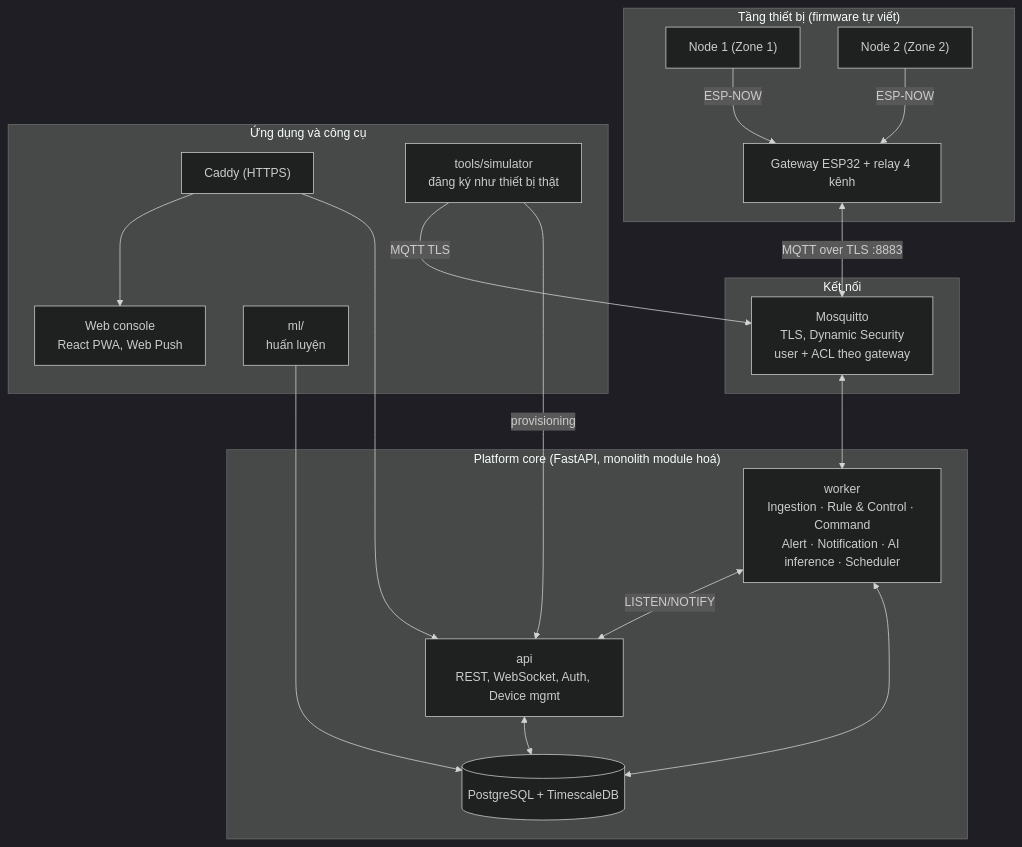
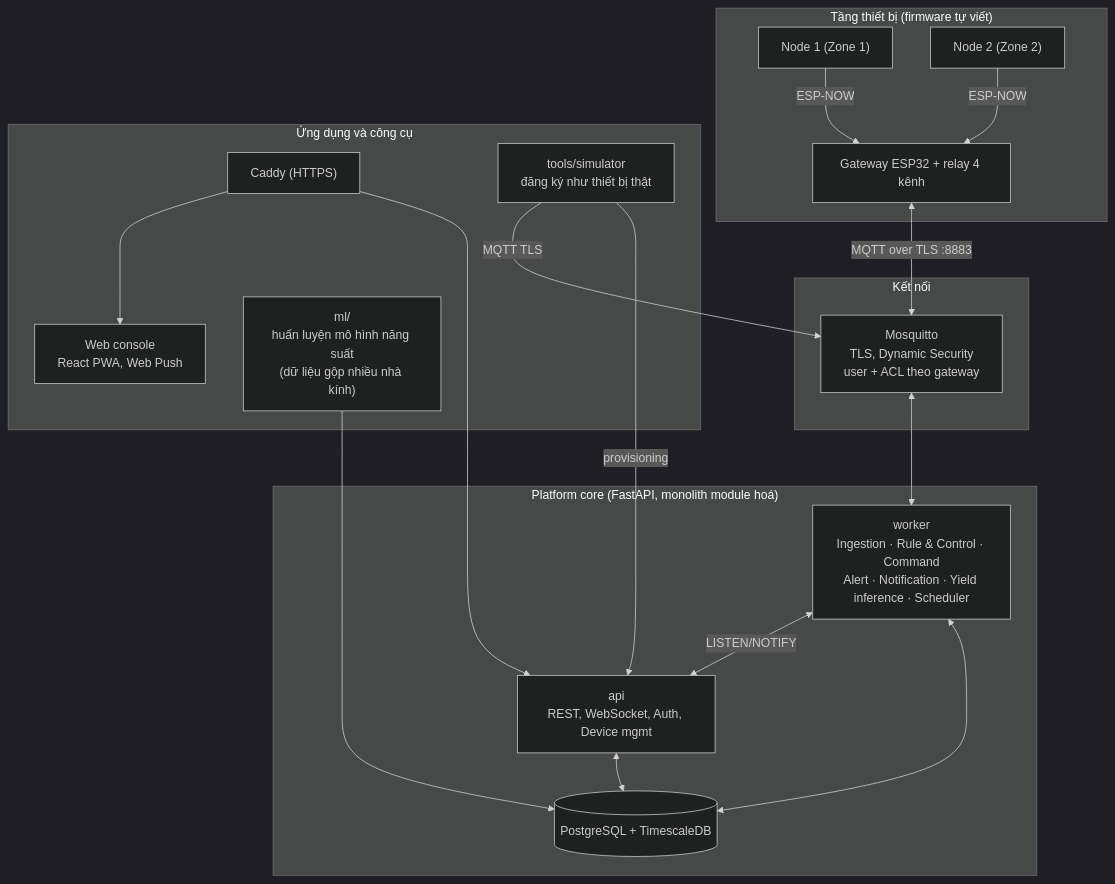
The diagram in docs/greenhub-spec.md (NgoTheTan/smart_greenhouse), drawn with Mermaid (dark theme) before and after one commit. The commit also changed other lines of this file and 37 other files, not shown here.

````diff
--- a/docs/greenhub-spec.md
+++ b/docs/greenhub-spec.md
@@ -60,38 +60,38 @@
 ```mermaid
 flowchart TB
   subgraph DEV["Tầng thiết bị (firmware tự viết)"]
     N1["Node 1 (Zone 1)"]
     N2["Node 2 (Zone 2)"]
     GW["Gateway ESP32 + relay 4 kênh"]
     N1 -->|ESP-NOW| GW
     N2 -->|ESP-NOW| GW
   end
 
   subgraph CONN["Kết nối"]
     MQ["Mosquitto<br/>TLS, Dynamic Security<br/>user + ACL theo gateway"]
   end
 
   subgraph CORE["Platform core (FastAPI, monolith module hoá)"]
-    WK["worker<br/>Ingestion · Rule & Control · Command<br/>Alert · Notification · AI inference · Scheduler"]
+    WK["worker<br/>Ingestion · Rule & Control · Command<br/>Alert · Notification · Yield inference · Scheduler"]
     API["api<br/>REST, WebSocket, Auth, Device mgmt"]
     DB[("PostgreSQL + TimescaleDB")]
     WK <-->|LISTEN/NOTIFY| API
     WK <--> DB
     API <--> DB
   end
 
   subgraph APP["Ứng dụng và công cụ"]
     CD["Caddy (HTTPS)"]
     WEB["Web console<br/>React PWA, Web Push"]
     SIM["tools/simulator<br/>đăng ký như thiết bị thật"]
-    ML["ml/<br/>huấn luyện"]
+    ML["ml/<br/>huấn luyện mô hình năng suất<br/>(dữ liệu gộp nhiều nhà kính)"]
   end
 
   GW <-->|"MQTT over TLS :8883"| MQ
   MQ <--> WK
   CD --> WEB
   CD --> API
   SIM -->|MQTT TLS| MQ
   SIM -->|provisioning| API
   ML --> DB
 ```
````
